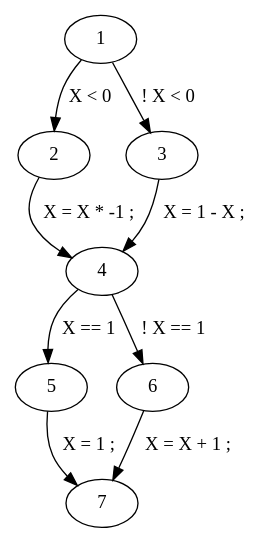
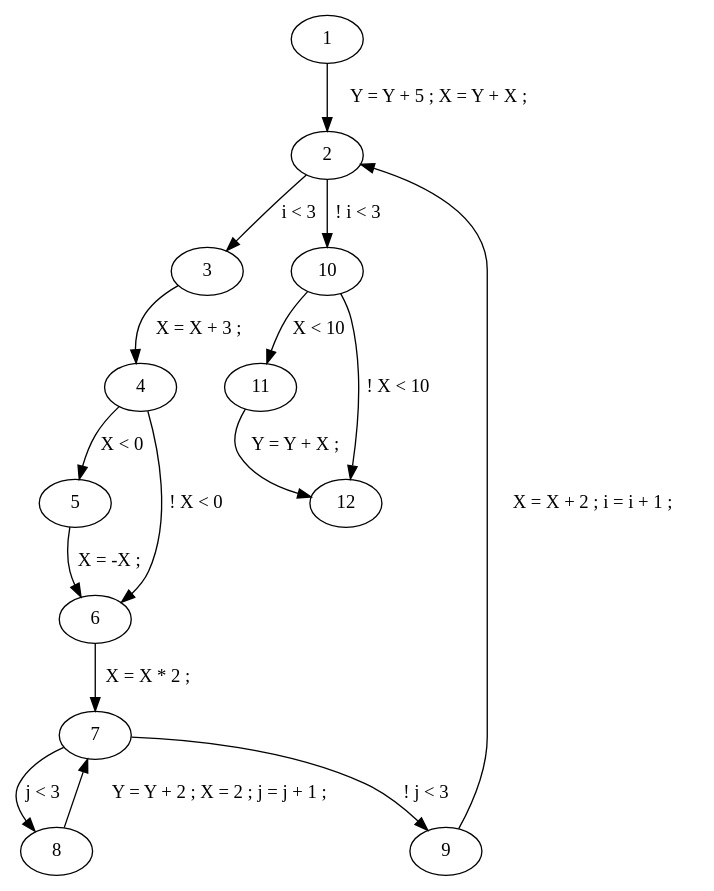
One commit to pvnieo/ivf-program-verifier changed the diagram in cfg.dot. Above: the diagram before and after it, drawn with Graphviz. The commit also changed 8 other files, not shown here.

```diff
--- a/cfg.dot
+++ b/cfg.dot
@@ -1,17 +1,29 @@
 strict digraph  {
 1 [label=1];
 2 [label=2];
 3 [label=3];
 4 [label=4];
 5 [label=5];
 6 [label=6];
 7 [label=7];
-1 -> 2  [label="X < 0"];
-1 -> 3  [label="! X < 0"];
-2 -> 4  [label="X = X * -1 ; "];
-3 -> 4  [label="X = 1 - X ; "];
-4 -> 5  [label="X == 1"];
-4 -> 6  [label="! X == 1"];
-5 -> 7  [label="X = 1 ; "];
-6 -> 7  [label="X = X + 1 ; "];
+8 [label=8];
+9 [label=9];
+10 [label=10];
+11 [label=11];
+12 [label=12];
+1 -> 2  [label="Y = Y + 5 ; X = Y + X ; "];
+2 -> 3  [label="i < 3"];
+2 -> 10  [label="! i < 3"];
+3 -> 4  [label="X = X + 3 ; "];
+4 -> 5  [label="X < 0"];
+4 -> 6  [label="! X < 0"];
+5 -> 6  [label="X = -X ; "];
+6 -> 7  [label="X = X * 2 ; "];
+7 -> 8  [label="j < 3"];
+7 -> 9  [label="! j < 3"];
+8 -> 7  [label="Y = Y + 2 ; X = 2 ; j = j + 1 ; "];
+9 -> 2  [label="X = X + 2 ; i = i + 1 ; "];
+10 -> 11  [label="X < 10"];
+10 -> 12  [label="! X < 10"];
+11 -> 12  [label="Y = Y + X ; "];
 }
```
